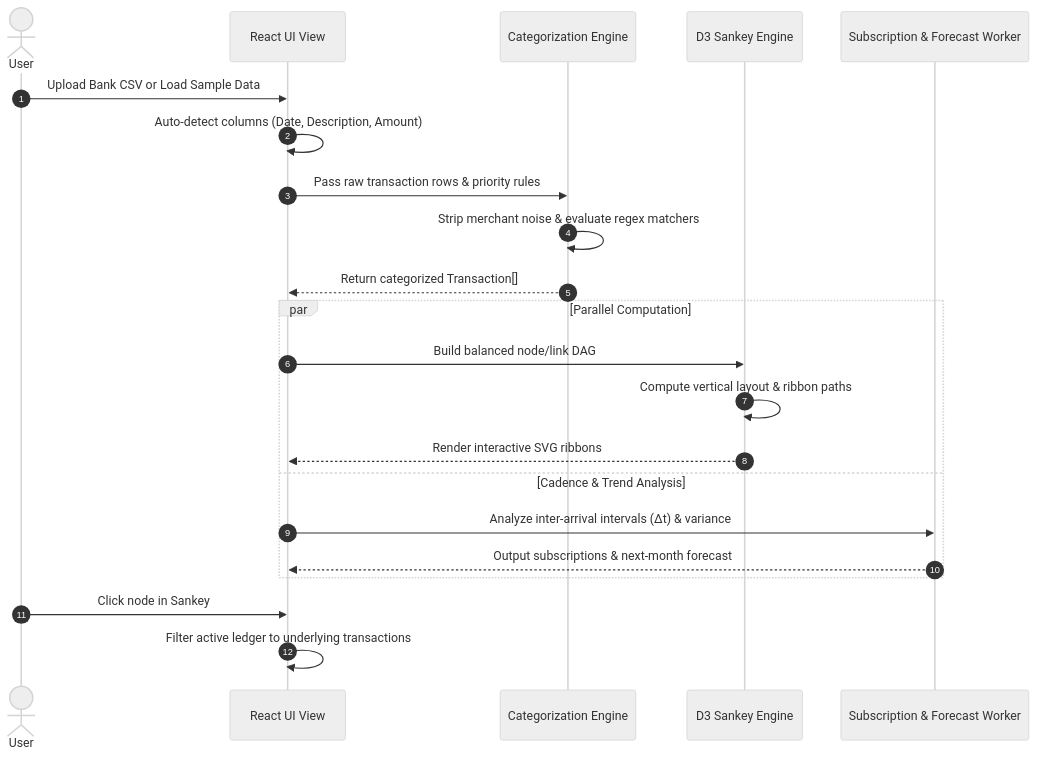
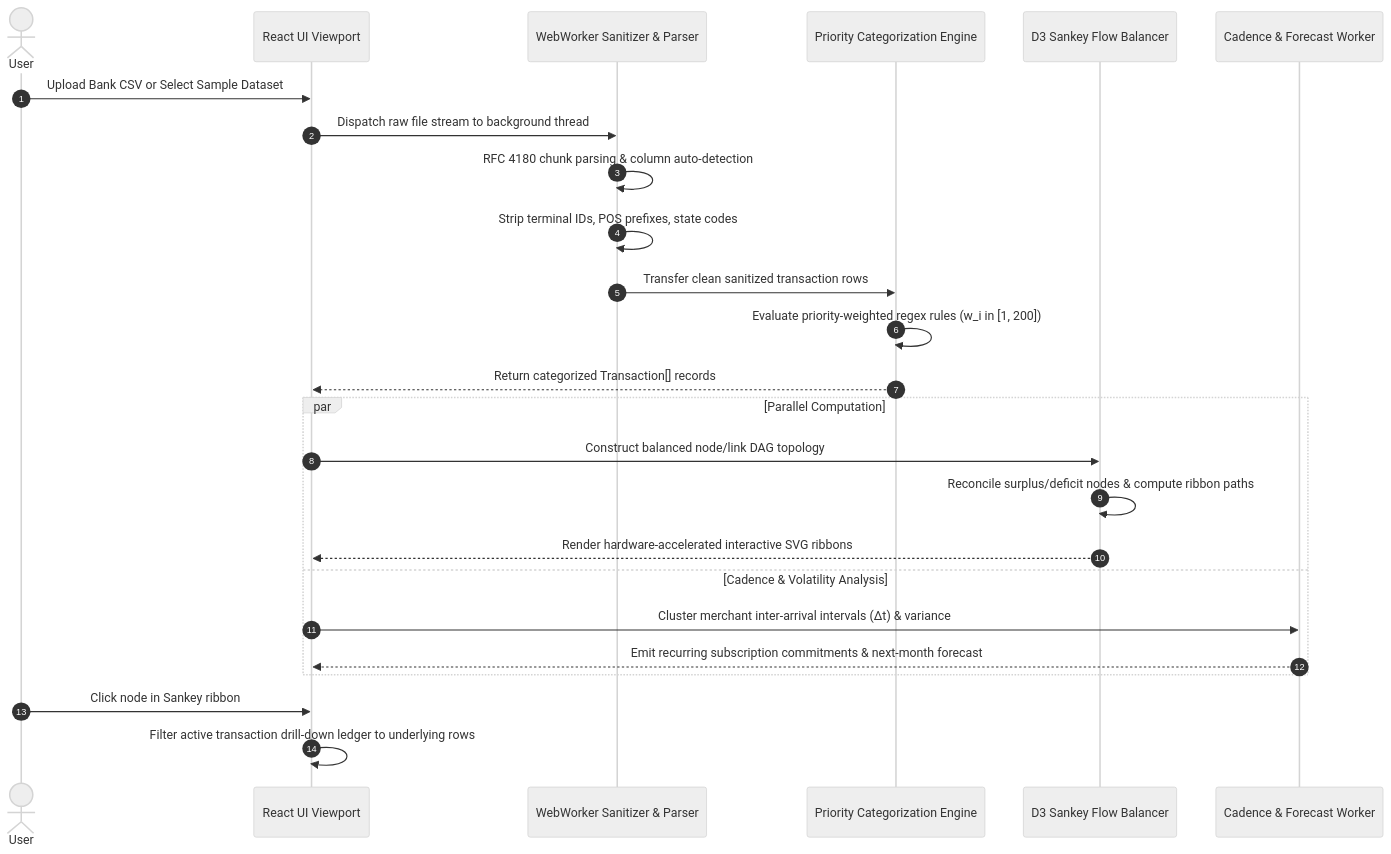
One commit to TheRollerBlader/personal-finance-sankey changed the second of 2 diagrams in README.md. Above: the diagram before and after it, drawn with Mermaid (neutral theme). The commit also changed other lines of this file and 10 other files, not shown here.

Commit message:
docs: add 3D cash-flow waterfall simulation, spending velocity surface, and upgraded showcase README

````diff
--- a/README.md
+++ b/README.md
@@ -52,25 +82,28 @@
 ```mermaid
 sequenceDiagram
     autonumber
     actor User
-    participant UI as React UI View
-    participant Engine as Categorization Engine
-    participant Sankey as D3 Sankey Engine
-    participant Stats as Subscription & Forecast Worker
+    participant UI as React UI Viewport
+    participant Worker as WebWorker Sanitizer & Parser
+    participant Engine as Priority Categorization Engine
+    participant Sankey as D3 Sankey Flow Balancer
+    participant Stats as Cadence & Forecast Worker
     
-    User->>UI: Upload Bank CSV or Load Sample Data
-    UI->>UI: Auto-detect columns (Date, Description, Amount)
-    UI->>Engine: Pass raw transaction rows & priority rules
-    Engine->>Engine: Strip merchant noise & evaluate regex matchers
-    Engine-->>UI: Return categorized Transaction[]
+    User->>UI: Upload Bank CSV or Select Sample Dataset
+    UI->>Worker: Dispatch raw file stream to background thread
+    Worker->>Worker: RFC 4180 chunk parsing & column auto-detection
+    Worker->>Worker: Strip terminal IDs, POS prefixes, state codes
+    Worker->>Engine: Transfer clean sanitized transaction rows
+    Engine->>Engine: Evaluate priority-weighted regex rules (w_i in [1, 200])
+    Engine-->>UI: Return categorized Transaction[] records
     par Parallel Computation
-        UI->>Sankey: Build balanced node/link DAG
-        Sankey->>Sankey: Compute vertical layout & ribbon paths
-        Sankey-->>UI: Render interactive SVG ribbons
-    and Cadence & Trend Analysis
-        UI->>Stats: Analyze inter-arrival intervals (Δt) & variance
-        Stats-->>UI: Output subscriptions & next-month forecast
+        UI->>Sankey: Construct balanced node/link DAG topology
+        Sankey->>Sankey: Reconcile surplus/deficit nodes & compute ribbon paths
+        Sankey-->>UI: Render hardware-accelerated interactive SVG ribbons
+    and Cadence & Volatility Analysis
+        UI->>Stats: Cluster merchant inter-arrival intervals (Δt) & variance
+        Stats-->>UI: Emit recurring subscription commitments & next-month forecast
     end
-    User->>UI: Click node in Sankey
-    UI->>UI: Filter active ledger to underlying transactions
+    User->>UI: Click node in Sankey ribbon
+    UI->>UI: Filter active transaction drill-down ledger to underlying rows
 ```
````
